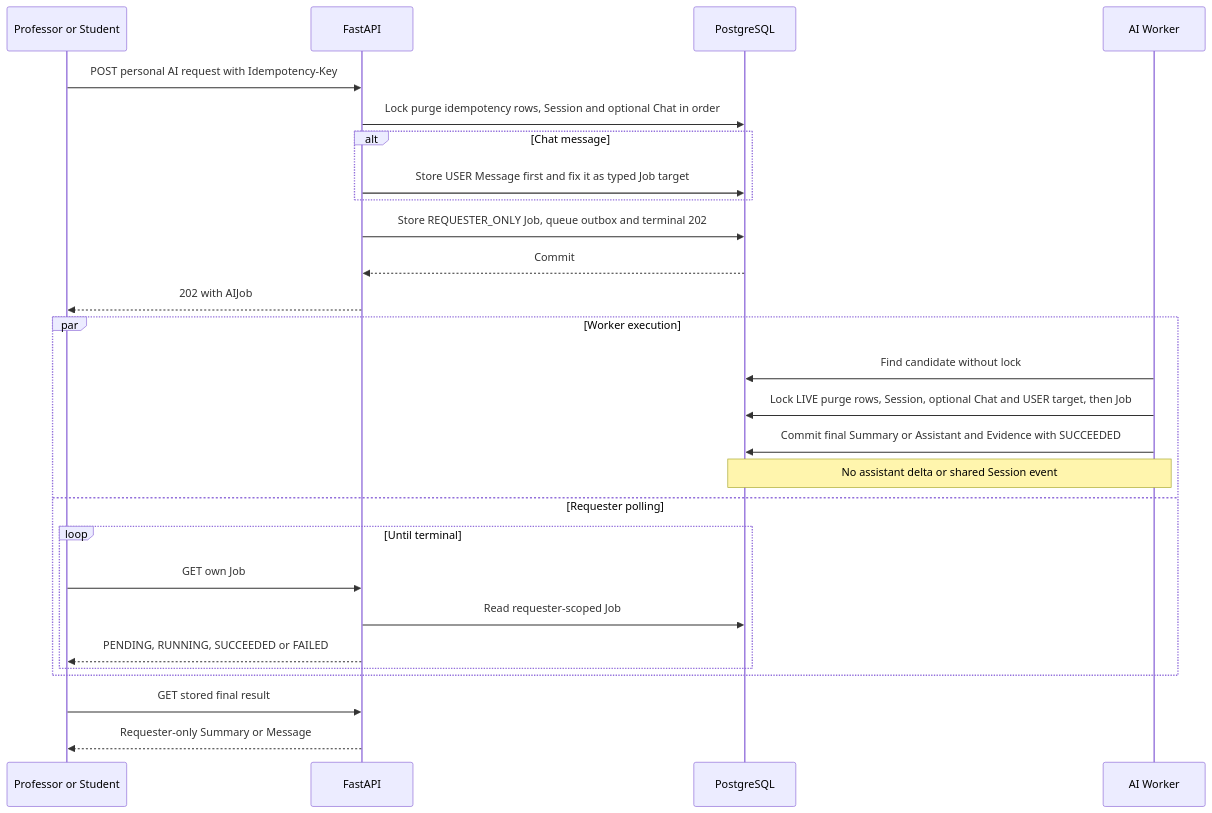
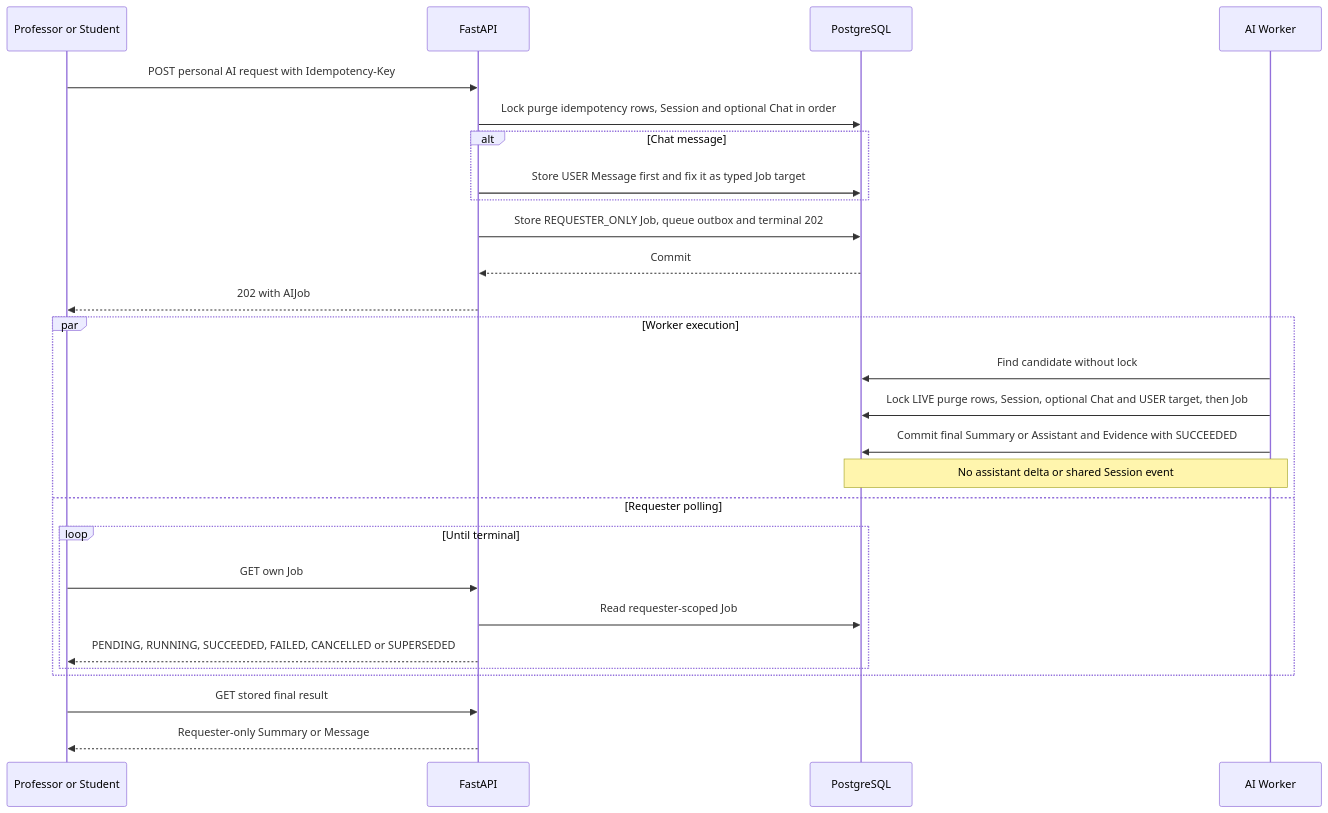
One commit to madcamp-official/26s-w2-c2-08 changed the sixth of 9 diagrams in docs/architecture/시스템구성도.md. Above: the diagram before and after it, drawn with Mermaid. The commit also changed other lines of this file and 5 other files, not shown here.

````diff
--- a/docs/architecture/시스템구성도.md
+++ b/docs/architecture/시스템구성도.md
@@ -452,30 +452,30 @@
 ```mermaid
 sequenceDiagram
     participant member as Professor or Student
     participant api as FastAPI
     participant database as PostgreSQL
     participant worker as AI Worker
 
     member->>api: POST personal AI request with Idempotency-Key
     api->>database: Lock purge idempotency rows, Session and optional Chat in order
     alt Chat message
         api->>database: Store USER Message first and fix it as typed Job target
     end
     api->>database: Store REQUESTER_ONLY Job, queue outbox and terminal 202
     database-->>api: Commit
     api-->>member: 202 with AIJob
     par Worker execution
         worker->>database: Find candidate without lock
         worker->>database: Lock LIVE purge rows, Session, optional Chat and USER target, then Job
         worker->>database: Commit final Summary or Assistant and Evidence with SUCCEEDED
         Note over worker,database: No assistant delta or shared Session event
     and Requester polling
         loop Until terminal
             member->>api: GET own Job
             api->>database: Read requester-scoped Job
-            api-->>member: PENDING, RUNNING, SUCCEEDED or FAILED
+            api-->>member: PENDING, RUNNING, SUCCEEDED, FAILED, CANCELLED or SUPERSEDED
         end
     end
     member->>api: GET stored final result
     api-->>member: Requester-only Summary or Message
 ```
````
